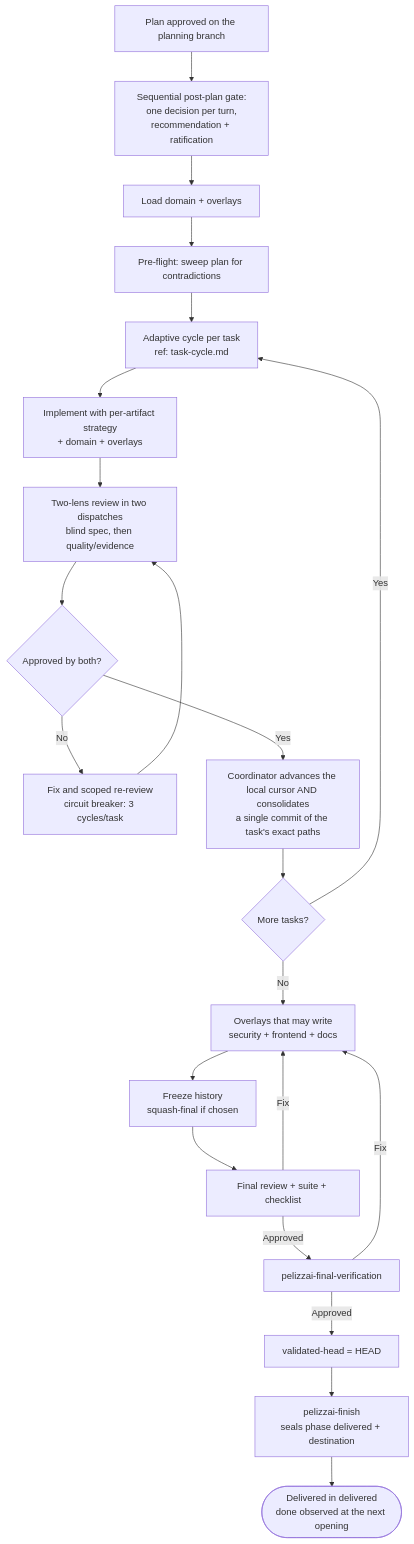
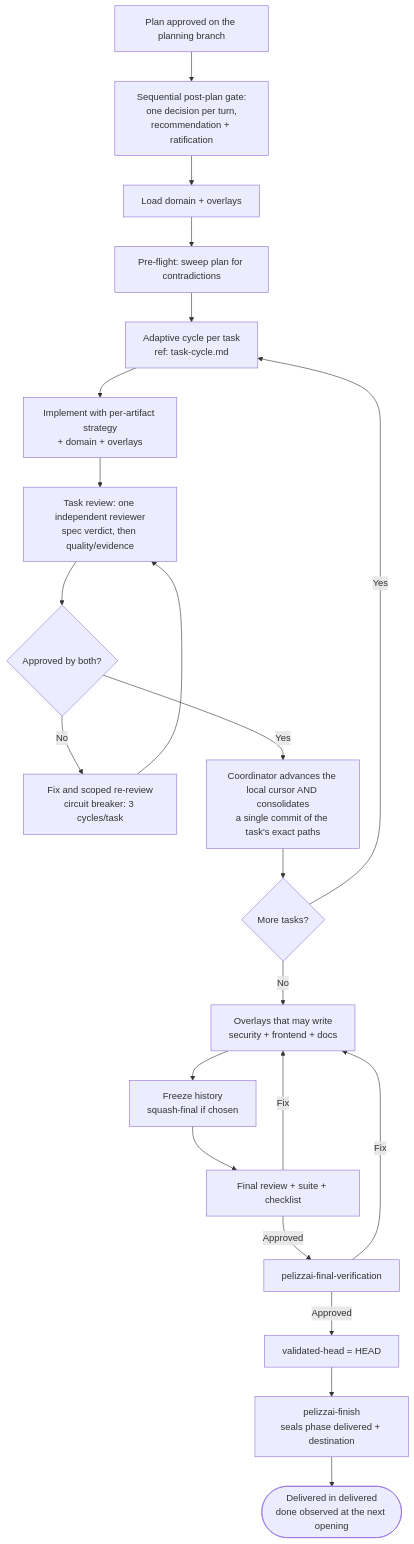
The diagram in dist/.agents/skills/pelizzai-execute/SKILL.md (rpelizza/PelizzAI), drawn with Mermaid before and after one commit. The commit also changed other lines of this file and 63 other files, not shown here.

````diff
--- a/dist/.agents/skills/pelizzai-execute/SKILL.md
+++ b/dist/.agents/skills/pelizzai-execute/SKILL.md
@@ -265,24 +267,24 @@
 ```mermaid
 flowchart TD
     PL[Plan approved on the planning branch] --> GATE[Sequential post-plan gate:\none decision per turn,\nrecommendation + ratification]
     GATE --> DOM[Load domain + overlays]
     DOM --> PRE[Pre-flight: sweep plan for contradictions]
     PRE --> CY[Adaptive cycle per task\nref: task-cycle.md]
     CY --> T[Implement with per-artifact strategy\n+ domain + overlays]
-    T --> RV[Two-lens review in two dispatches\nblind spec, then quality/evidence]
+    T --> RV[Task review: one independent reviewer\nspec verdict, then quality/evidence]
     RV --> Q{Approved by both?}
     Q -- No --> FX[Fix and scoped re-review\ncircuit breaker: 3 cycles/task]
     FX --> RV
     Q -- Yes --> CM[Coordinator advances the local cursor AND consolidates\na single commit of the task's exact paths]
     CM --> MORE{More tasks?}
     MORE -- Yes --> CY
     MORE -- No --> OV[Overlays that may write\nsecurity + frontend + docs]
     OV --> CONS[Freeze history\nsquash-final if chosen]
     CONS --> VAL[Final review + suite + checklist]
     VAL -- Fix --> OV
     VAL -- Approved --> VC[pelizzai-final-verification]
     VC -- Fix --> OV
     VC -- Approved --> SEAL[validated-head = HEAD]
     SEAL --> FIN[pelizzai-finish\nseals phase delivered + destination]
     FIN --> done([Delivered in delivered\ndone observed at the next opening])
 ```
````
